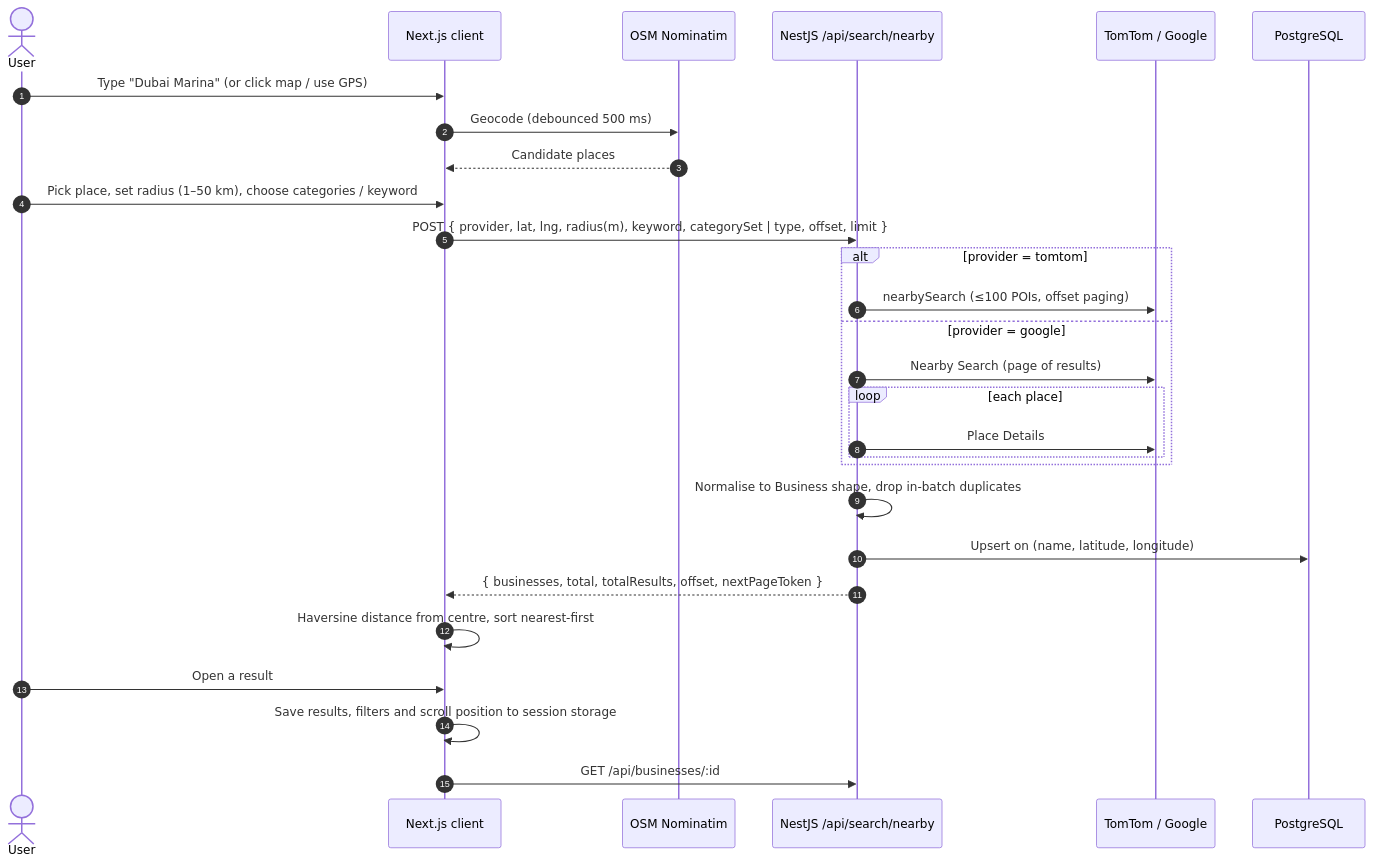
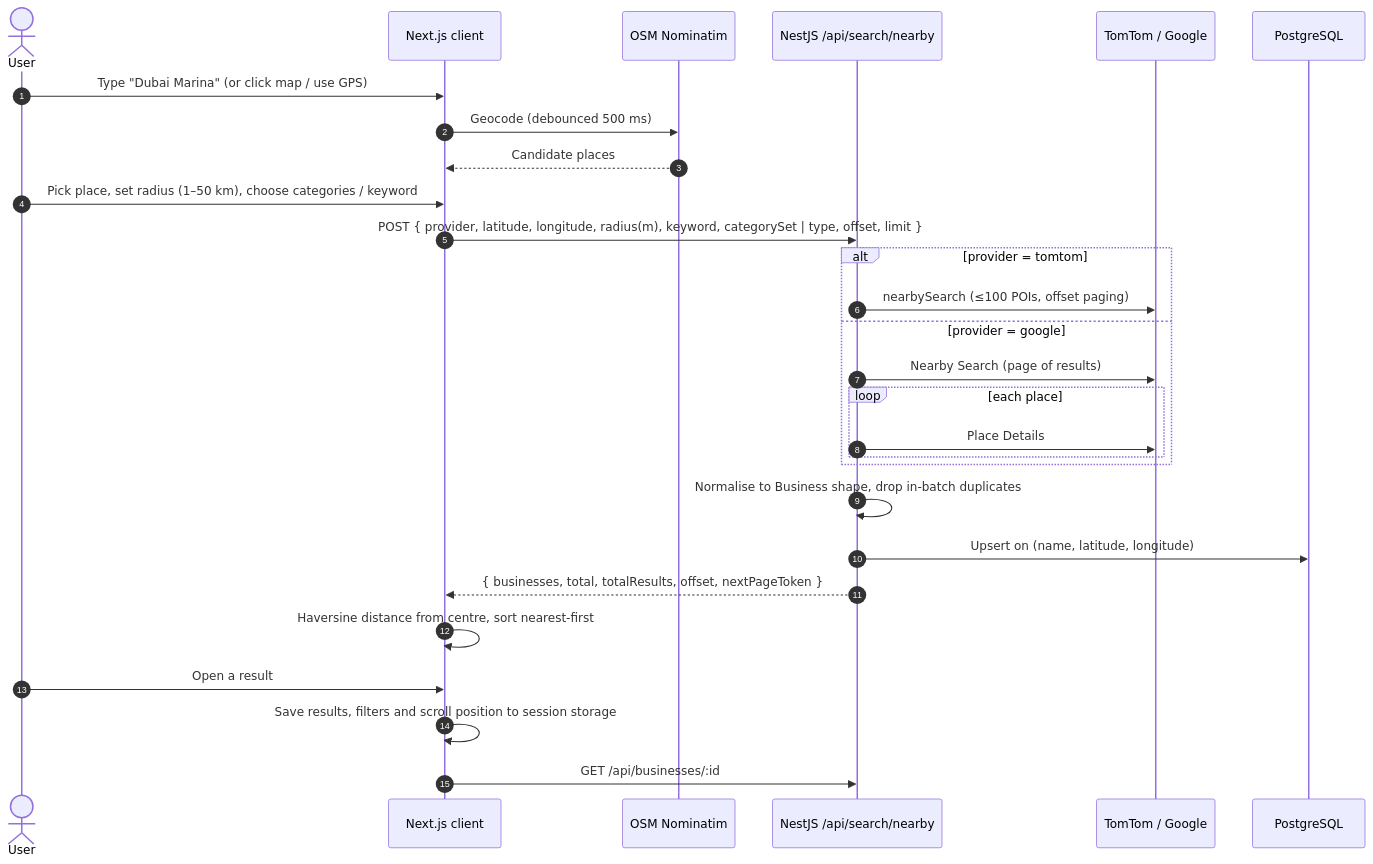
The first of 2 diagrams in docs/architecture.md (defoibrahim/radiusiq-showcase), drawn with Mermaid before and after one commit. The commit also changed other lines of this file and 1 other file, not shown here.

````diff
--- a/docs/architecture.md
+++ b/docs/architecture.md
@@ -19,31 +19,31 @@
 ```mermaid
 sequenceDiagram
     autonumber
     actor U as User
     participant C as Next.js client
     participant N as OSM Nominatim
     participant A as NestJS /api/search/nearby
     participant P as TomTom / Google
     participant DB as PostgreSQL
 
     U->>C: Type "Dubai Marina" (or click map / use GPS)
     C->>N: Geocode (debounced 500 ms)
     N-->>C: Candidate places
     U->>C: Pick place, set radius (1–50 km), choose categories / keyword
-    C->>A: POST { provider, lat, lng, radius(m), keyword, categorySet | type, offset, limit }
+    C->>A: POST { provider, latitude, longitude, radius(m), keyword, categorySet | type, offset, limit }
     alt provider = tomtom
         A->>P: nearbySearch (≤100 POIs, offset paging)
     else provider = google
         A->>P: Nearby Search (page of results)
         loop each place
             A->>P: Place Details
         end
     end
     A->>A: Normalise to Business shape, drop in-batch duplicates
     A->>DB: Upsert on (name, latitude, longitude)
     A-->>C: { businesses, total, totalResults, offset, nextPageToken }
     C->>C: Haversine distance from centre, sort nearest-first
     U->>C: Open a result
     C->>C: Save results, filters and scroll position to session storage
     C->>A: GET /api/businesses/:id
 ```
````
